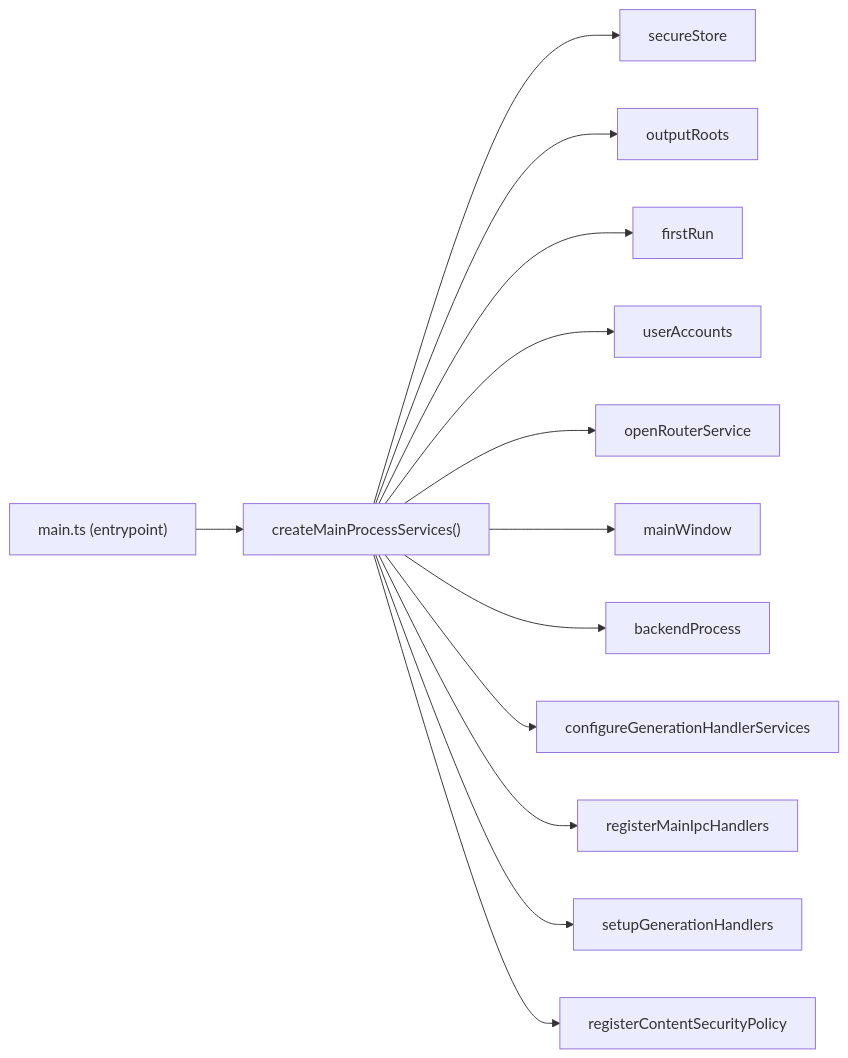
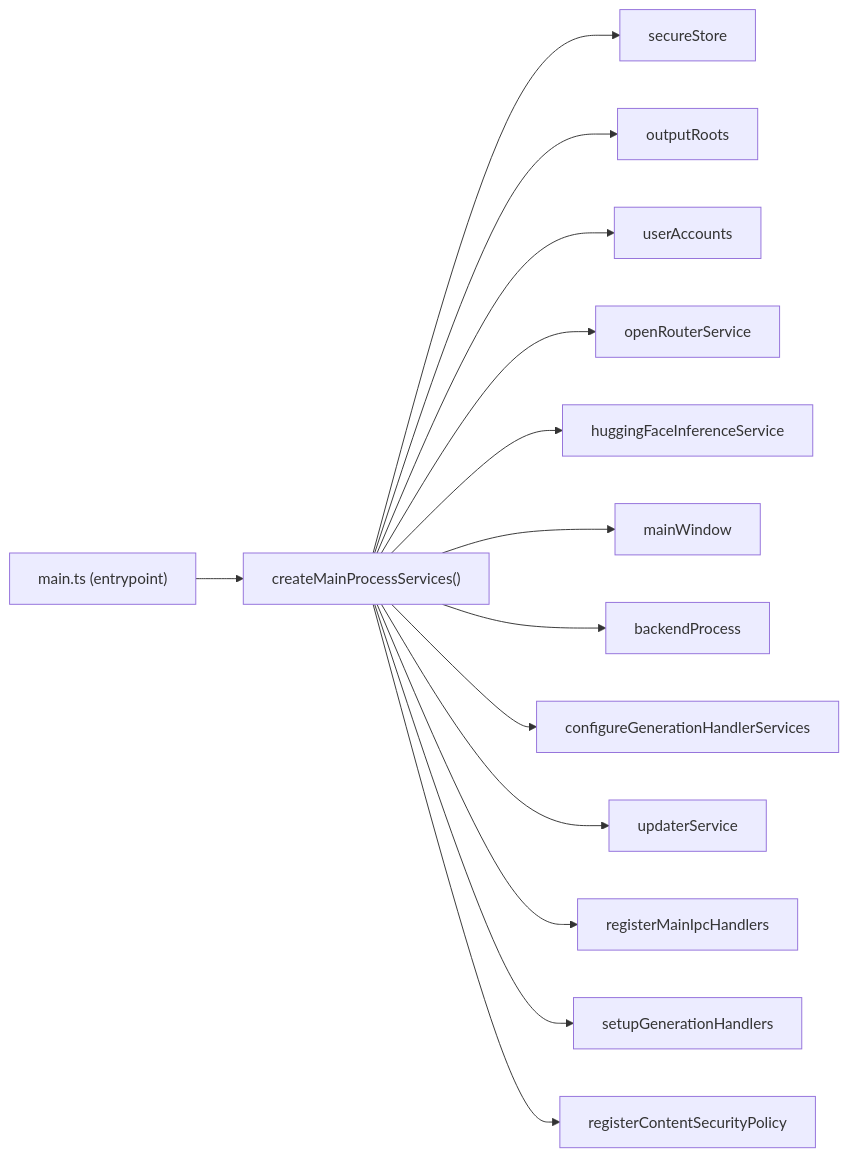
Before and after one commit to Git-Rocky-Stack/vision-studio: the second of 11 diagrams in docs/diagrams/diagrams.md, drawn with Mermaid. The commit also changed other lines of this file and 9 other files, not shown here.

````diff
--- a/docs/diagrams/diagrams.md
+++ b/docs/diagrams/diagrams.md
@@ -49,15 +52,16 @@
 ```mermaid
 graph LR
     Boot["main.ts (entrypoint)"] --> CMS["createMainProcessServices()"]
     CMS --> SS[secureStore]
     CMS --> OR[outputRoots]
-    CMS --> FR[firstRun]
     CMS --> UA[userAccounts]
     CMS --> ORS[openRouterService]
+    CMS --> HFS[huggingFaceInferenceService]
     CMS --> MW[mainWindow]
     CMS --> BP[backendProcess]
     CMS --> CGHS[configureGenerationHandlerServices]
+    CMS --> UPD[updaterService]
     CMS --> RIH[registerMainIpcHandlers]
     CMS --> SGH[setupGenerationHandlers]
     CMS --> RCSP[registerContentSecurityPolicy]
 ```
````
